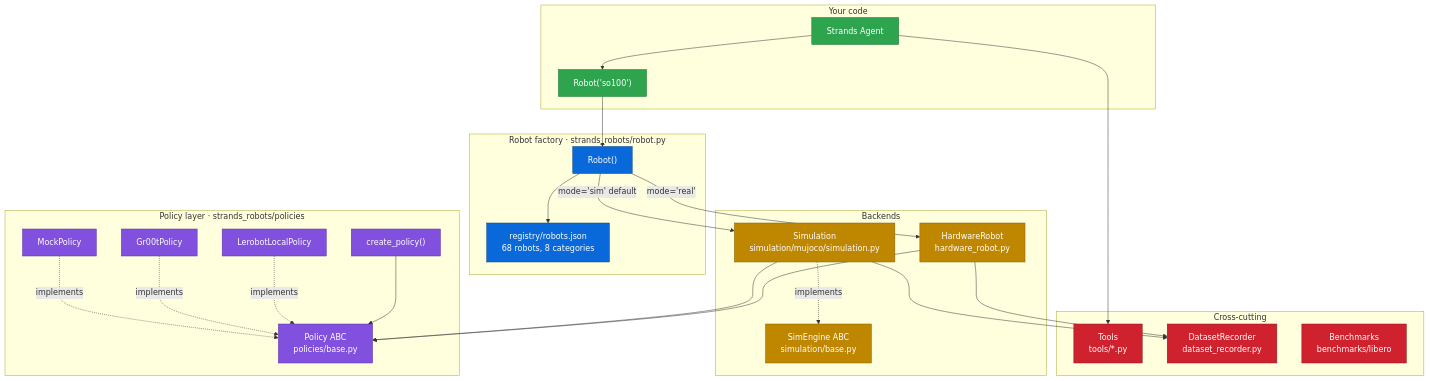
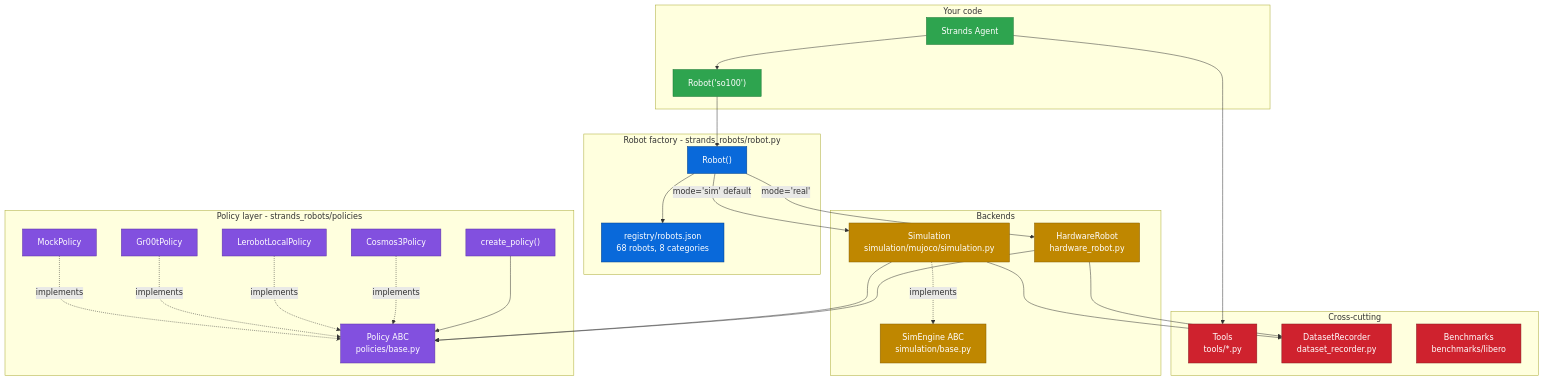
The diagram in docs/architecture.md (cagataycali/robots), drawn with Mermaid before and after one commit. The commit also changed other lines of this file and 39 other files, not shown here.

````diff
--- a/docs/architecture.md
+++ b/docs/architecture.md
@@ -12,62 +12,64 @@
 ```mermaid
 graph TB
     subgraph user[Your code]
         AGENT["Strands Agent"]
         FACTORY["Robot('so100')"]
     end
 
-    subgraph factory_layer[Robot factory  ·  strands_robots/robot.py]
+    subgraph factory_layer[Robot factory  -  strands_robots/robot.py]
         ROBOT["Robot()"]
         REGISTRY["registry/robots.json<br/>68 robots, 8 categories"]
         ROBOT --> REGISTRY
     end
 
     subgraph backends[Backends]
         SIM["Simulation<br/>simulation/mujoco/simulation.py"]
         HW["HardwareRobot<br/>hardware_robot.py"]
         SIM_ABC["SimEngine ABC<br/>simulation/base.py"]
         SIM -.implements.-> SIM_ABC
     end
 
-    subgraph policies[Policy layer  ·  strands_robots/policies]
+    subgraph policies[Policy layer  -  strands_robots/policies]
         POLICY_ABC["Policy ABC<br/>policies/base.py"]
         MOCK["MockPolicy"]
         GROOT["Gr00tPolicy"]
         LEROBOT["LerobotLocalPolicy"]
+        COSMOS3["Cosmos3Policy"]
         FACTORY_FN["create_policy()"]
         MOCK -.implements.-> POLICY_ABC
         GROOT -.implements.-> POLICY_ABC
         LEROBOT -.implements.-> POLICY_ABC
+        COSMOS3 -.implements.-> POLICY_ABC
         FACTORY_FN --> POLICY_ABC
     end
 
     subgraph extras[Cross-cutting]
         TOOLS["Tools<br/>tools/*.py"]
         RECORDER["DatasetRecorder<br/>dataset_recorder.py"]
         BENCH["Benchmarks<br/>benchmarks/libero"]
     end
 
     AGENT --> FACTORY
     FACTORY --> ROBOT
     ROBOT -->|mode='sim' default| SIM
     ROBOT -->|mode='real'| HW
 
     SIM --> POLICY_ABC
     HW --> POLICY_ABC
     SIM --> RECORDER
     HW --> RECORDER
 
     AGENT --> TOOLS
 
     classDef user fill:#2ea44f,stroke:#1b7735,color:#fff
     classDef factory fill:#0969da,stroke:#044289,color:#fff
     classDef backend fill:#bf8700,stroke:#875e00,color:#fff
     classDef policy fill:#8250df,stroke:#5a32a3,color:#fff
     classDef cross fill:#cf222e,stroke:#86181d,color:#fff
 
     class AGENT,FACTORY user
     class ROBOT,REGISTRY factory
     class SIM,HW,SIM_ABC backend
-    class POLICY_ABC,MOCK,GROOT,LEROBOT,FACTORY_FN policy
+    class POLICY_ABC,MOCK,GROOT,LEROBOT,COSMOS3,FACTORY_FN policy
     class TOOLS,RECORDER,BENCH cross
 ```
````
